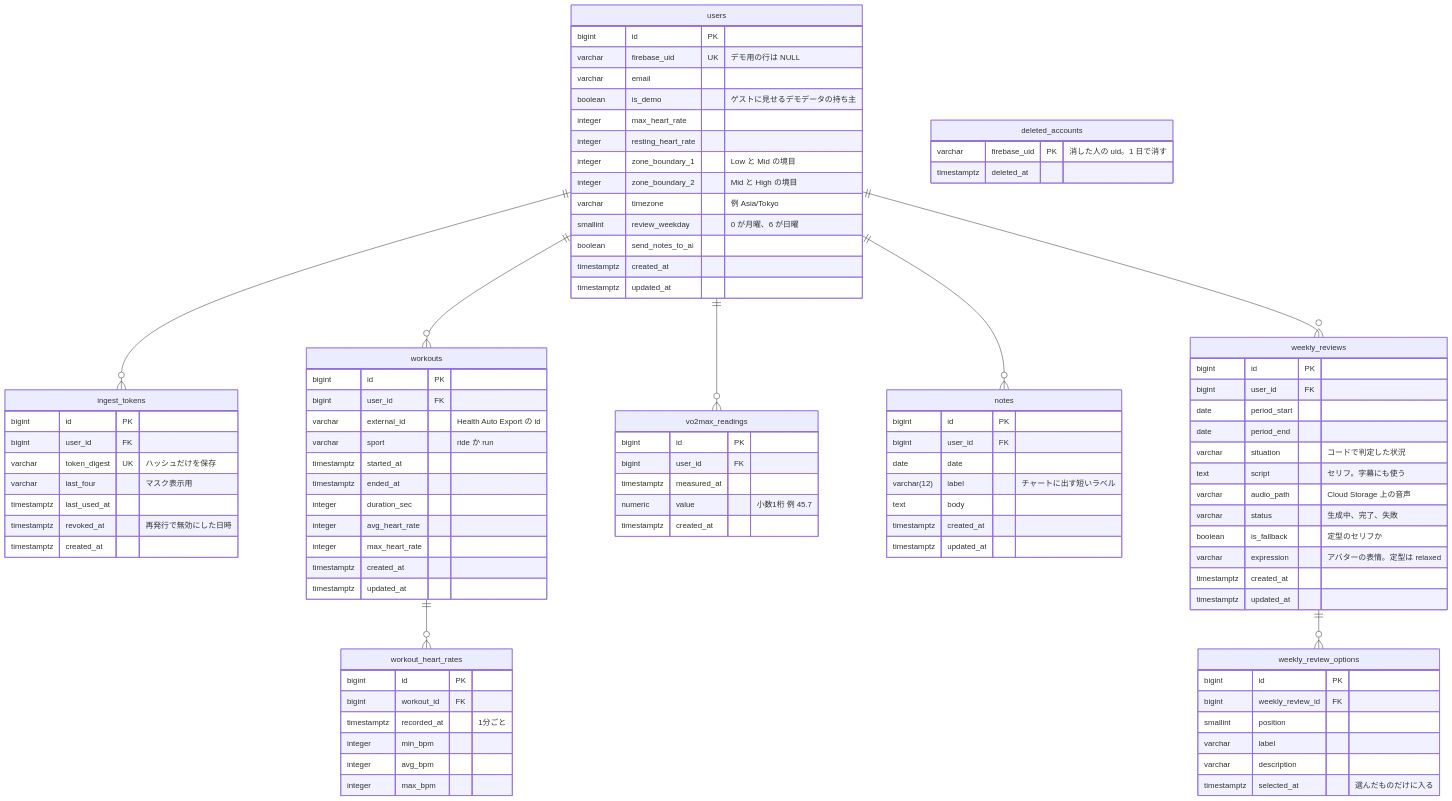
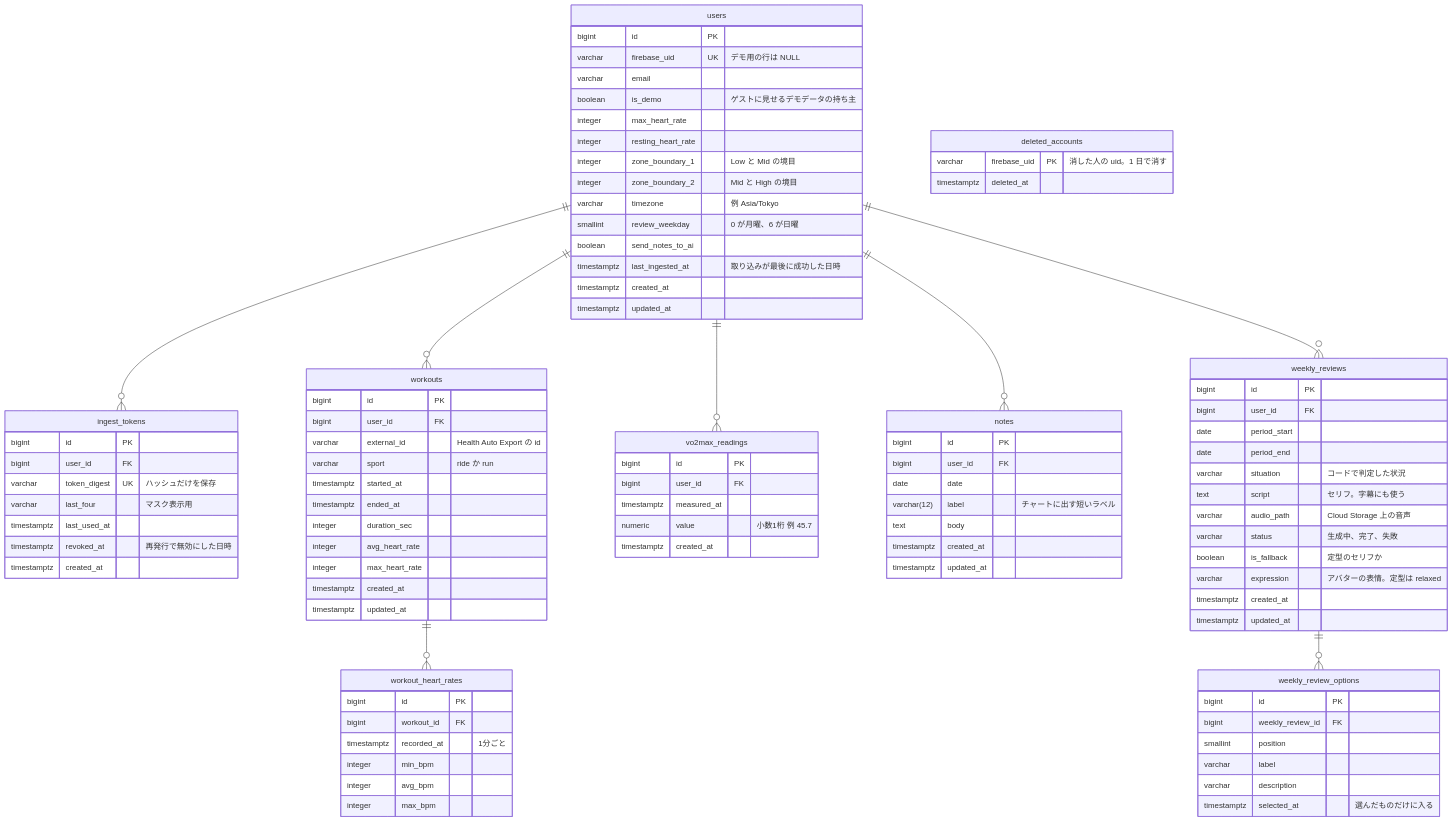
Before and after one commit to d-station-grid/loadline: the diagram in docs/er-diagram.md, drawn with Mermaid. The commit also changed 24 other files, not shown here.

```diff
--- a/docs/er-diagram.md
+++ b/docs/er-diagram.md
@@ -27,6 +27,7 @@
     varchar timezone "例 Asia/Tokyo"
     smallint review_weekday "0 が月曜、6 が日曜"
     boolean send_notes_to_ai
+    timestamptz last_ingested_at "取り込みが最後に成功した日時"
     timestamptz created_at
     timestamptz updated_at
   }
```
